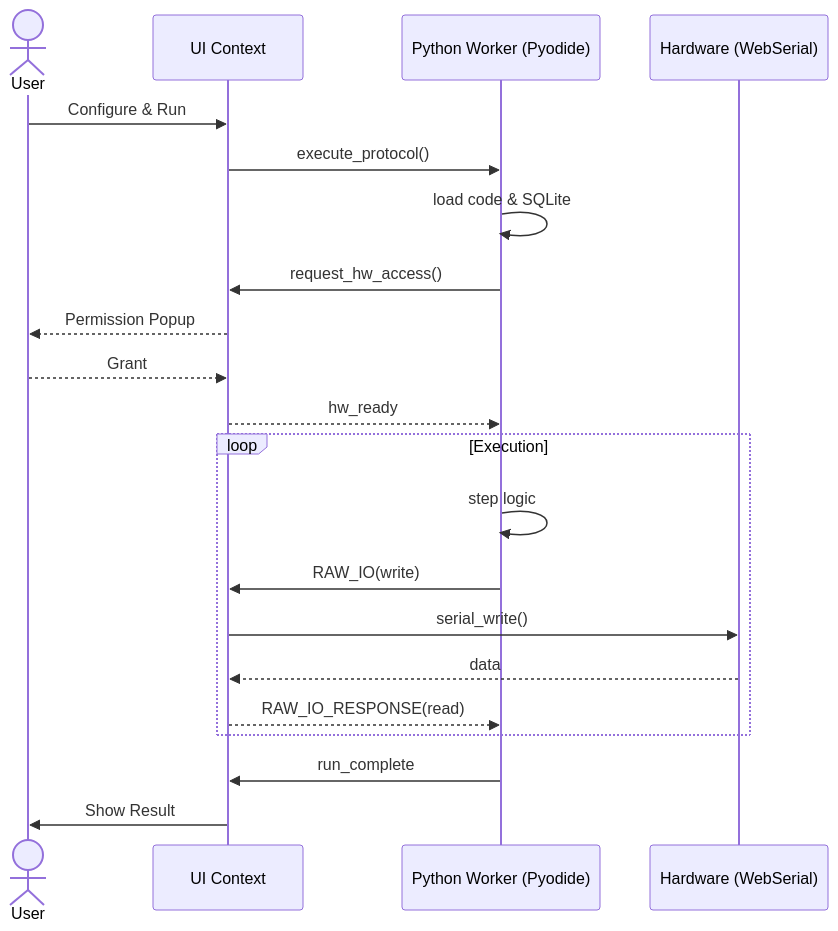
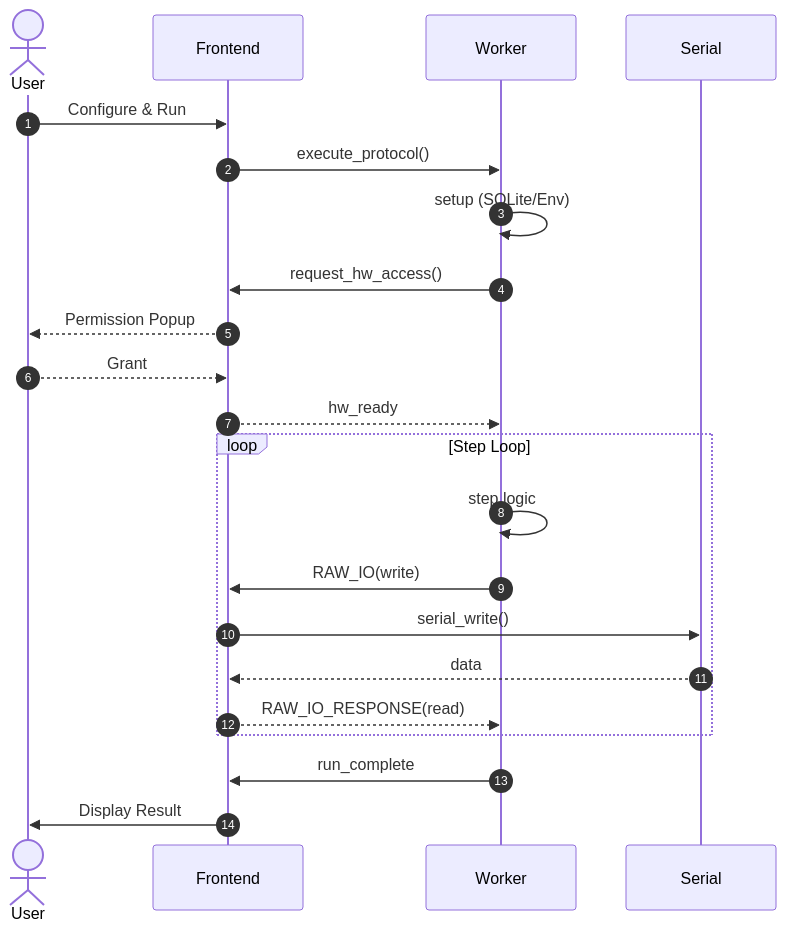
One commit to maraxen/pylabpraxis changed the second of 2 diagrams in docs/architecture/execution-flow.md. Above: the diagram before and after it, drawn with Mermaid. The commit also changed other lines of this file and 98 other files, not shown here.

````diff
--- a/docs/architecture/execution-flow.md
+++ b/docs/architecture/execution-flow.md
@@ -50,26 +51,27 @@
 ```mermaid
 sequenceDiagram
+    autonumber
     actor User
-    participant UI as UI Context
-    participant PW as Python Worker (Pyodide)
-    participant HW as Hardware (WebSerial)
+    participant UI as Frontend
+    participant PW as Worker
+    participant HW as Serial
 
     User->>UI: Configure & Run
     UI->>PW: execute_protocol()
-    PW->>PW: load code & SQLite
+    PW->>PW: setup (SQLite/Env)
     PW->>UI: request_hw_access()
     UI-->>User: Permission Popup
     User-->>UI: Grant
     UI-->>PW: hw_ready
 
-    loop Execution
+    loop Step Loop
         PW->>PW: step logic
         PW->>UI: RAW_IO(write)
         UI->>HW: serial_write()
         HW-->>UI: data
         UI-->>PW: RAW_IO_RESPONSE(read)
     end
 
     PW->>UI: run_complete
-    UI->>User: Show Result
+    UI->>User: Display Result
 ```
````
